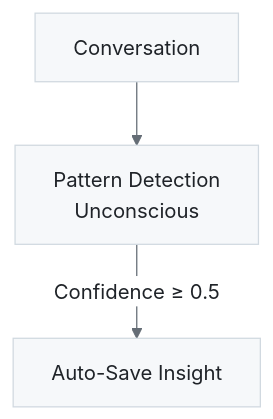
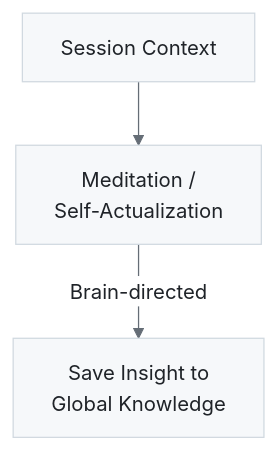
Before and after one commit to fabioc-aloha/Alex_Plug_In: the fourth of 4 diagrams in alex_docs/architecture/GLOBAL-KNOWLEDGE.md, drawn with Mermaid. The commit also changed other lines of this file and 72 other files, not shown here.

First line of the commit message:
Agent-only architecture: remove participant mode, dead code cleanup, docs audit

````diff
--- a/alex_docs/architecture/GLOBAL-KNOWLEDGE.md
+++ b/alex_docs/architecture/GLOBAL-KNOWLEDGE.md
@@ -351,10 +351,10 @@
 ```mermaid
 %%{init: {'theme': 'base', 'themeVariables': { 'primaryColor': '#f6f8fa', 'primaryTextColor': '#1f2328', 'primaryBorderColor': '#d1d9e0', 'lineColor': '#656d76', 'secondaryColor': '#f6f8fa', 'tertiaryColor': '#ffffff', 'background': '#ffffff', 'mainBkg': '#f6f8fa', 'nodeBorder': '#d1d9e0', 'clusterBkg': '#f6f8fa', 'clusterBorder': '#d1d9e0', 'titleColor': '#1f2328', 'edgeLabelBackground': '#ffffff'}}}%%
 flowchart TD
-    CONV[Conversation]
-    DETECT[Pattern Detection<br/>Unconscious]
-    SAVE[Auto-Save Insight]
+    SESSION[Session Context]
+    MEDITATE[Meditation /<br/>Self-Actualization]
+    SAVE[Save Insight to<br/>Global Knowledge]
 
-    CONV --> DETECT
-    DETECT -->|Confidence ≥ 0.5| SAVE
+    SESSION --> MEDITATE
+    MEDITATE -->|Brain-directed| SAVE
 ```
````
